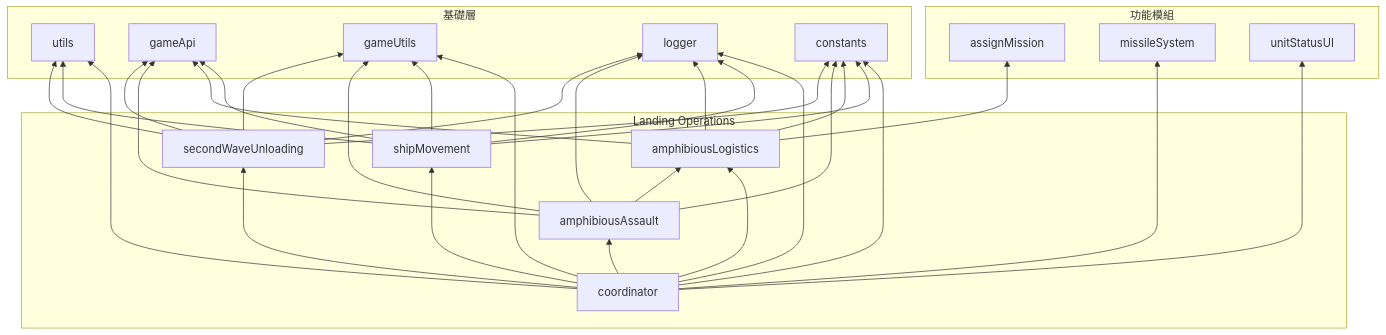
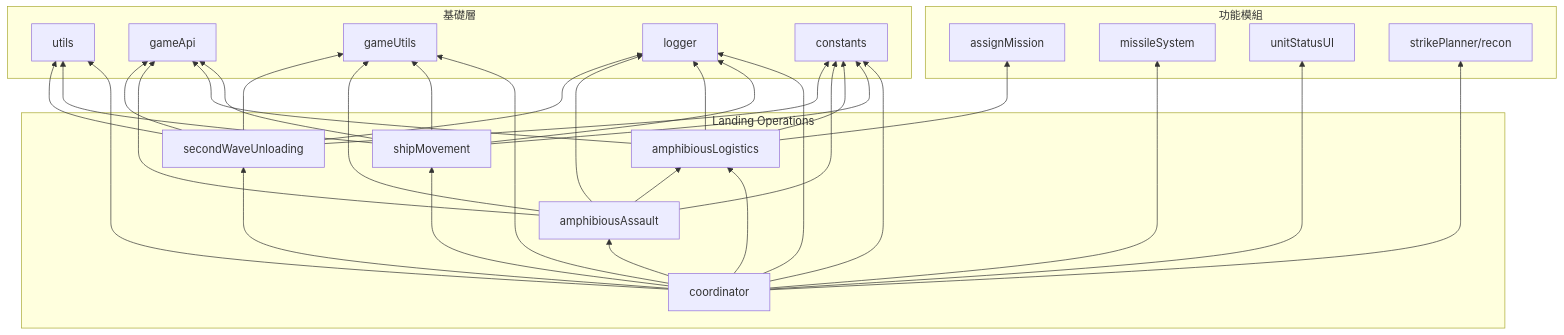
The third of 3 diagrams in docs/landingOps/README.md (pullupjumper/formosa-in-flames), drawn with Mermaid before and after one commit. The commit also changed other lines of this file and 11 other files, not shown here.

First line of the commit message:
refactor(strikePlanner): return inserted entry and accept startTime in Recon.insertEntry

````diff
--- a/docs/landingOps/README.md
+++ b/docs/landingOps/README.md
@@ -144,30 +145,31 @@
 ```mermaid
 flowchart BT
     subgraph 基礎層
         UTILS["utils"]
         GAMEAPI["gameApi"]
         GAMEUTILS["gameUtils"]
         LOGGER["logger"]
         CONSTANTS["constants"]
     end
 
     subgraph 功能模組
         ASSIGN["assignMission"]
         MISSILE["missileSystem"]
         UI["unitStatusUI"]
+        RECON["strikePlanner/recon"]
     end
 
     subgraph Landing Operations
         COORD["coordinator"]
         SM["shipMovement"]
         AL["amphibiousLogistics"]
         AA["amphibiousAssault"]
         SW["secondWaveUnloading"]
     end
 
-    COORD --> SM & AL & AA & SW & MISSILE & UI & UTILS & GAMEUTILS & CONSTANTS & LOGGER
+    COORD --> SM & AL & AA & SW & MISSILE & UI & RECON & UTILS & GAMEUTILS & CONSTANTS & LOGGER
     SM --> UTILS & GAMEAPI & GAMEUTILS & CONSTANTS & LOGGER
     AL --> GAMEAPI & ASSIGN & CONSTANTS & LOGGER
     AA --> GAMEAPI & GAMEUTILS & AL & CONSTANTS & LOGGER
     SW --> GAMEAPI & UTILS & GAMEUTILS & CONSTANTS & LOGGER
 ```
````
